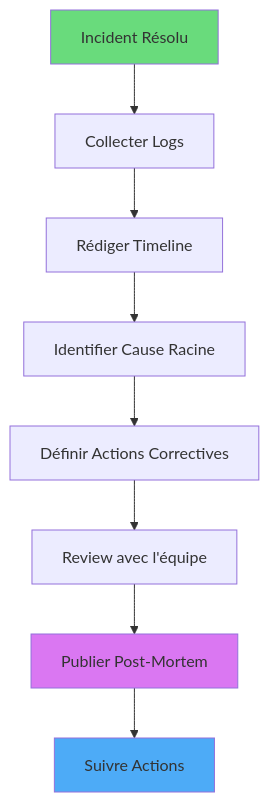
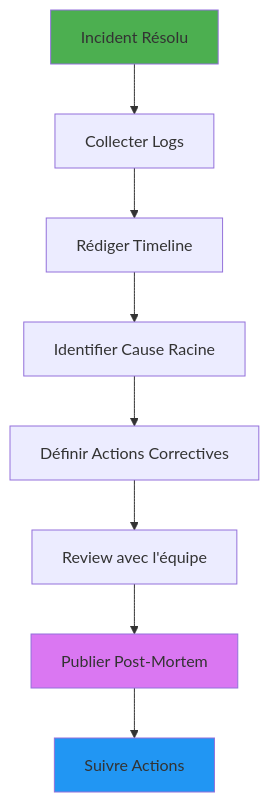
Before and after one commit to VBlackJack/ShellBook: the fourth of 4 diagrams in docs/playbooks/incident-response.md, drawn with Mermaid. The commit also changed other lines of this file and 337 other files, not shown here.

First line of the commit message:
refactor(docs): Standardize code blocks and Mermaid colors

````diff
--- a/docs/playbooks/incident-response.md
+++ b/docs/playbooks/incident-response.md
@@ -317,14 +317,14 @@
 ```mermaid
 graph TD
     A[Incident Résolu] --> B[Collecter Logs]
     B --> C[Rédiger Timeline]
     C --> D[Identifier Cause Racine]
     D --> E[Définir Actions Correctives]
     E --> F[Review avec l'équipe]
     F --> G[Publier Post-Mortem]
     G --> H[Suivre Actions]
 
-    style A fill:#69db7c
+    style A fill:#4CAF50
     style G fill:#da77f2
-    style H fill:#4dabf7
+    style H fill:#2196F3
 ```
````
